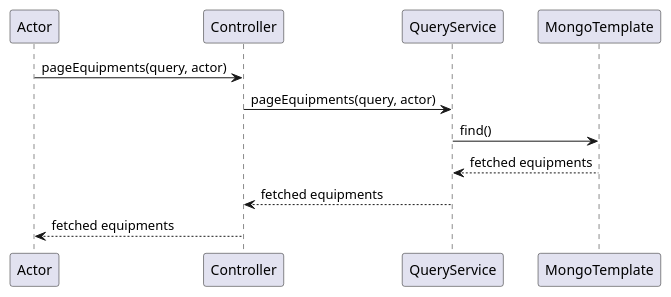
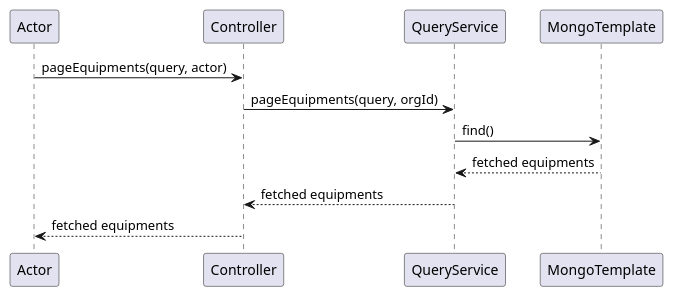
The fifth of 7 diagrams in adr/005_unified_request_process_flow.md (davenkin/andy-springboot4-template), drawn with PlantUML before and after one commit. The commit also changed other lines of this file and 2 other files, not shown here.

````diff
--- a/adr/005_unified_request_process_flow.md
+++ b/adr/005_unified_request_process_flow.md
@@ -318,10 +317,10 @@
 ```plantuml
 @startuml
 Actor -> Controller: pageEquipments(query, actor)
-Controller -> QueryService: pageEquipments(query, actor)
+Controller -> QueryService: pageEquipments(query, orgId)
 QueryService -> MongoTemplate: find()
 MongoTemplate --> QueryService: fetched equipments
 QueryService --> Controller: fetched equipments
 Controller --> Actor: fetched equipments
 @enduml
 ```
````
